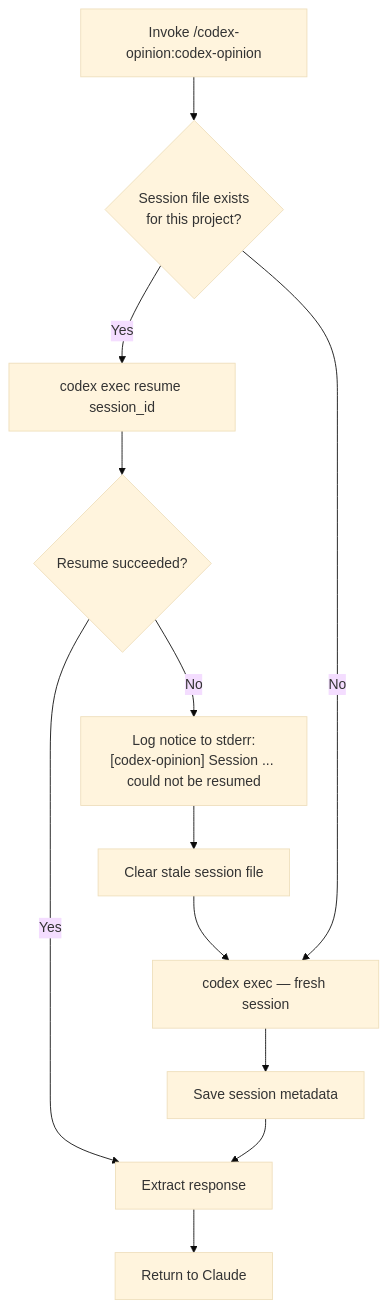
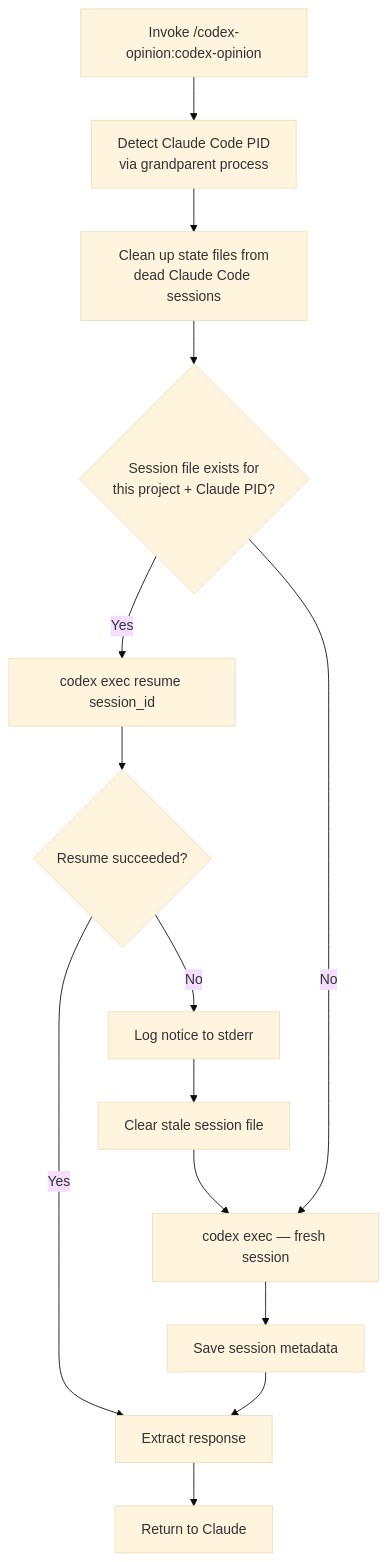
One commit to ehzawad/codex-opinion changed the second of 4 diagrams in README.md. Above: the diagram before and after it, drawn with Mermaid (base theme). The commit also changed other lines of this file and 3 other files, not shown here.

First line of the commit message:
scope Codex sessions to Claude Code session via grandparent PID

````diff
--- a/README.md
+++ b/README.md
@@ -67,14 +71,16 @@
 ```mermaid
 flowchart TD
-    A[Invoke /codex-opinion:codex-opinion] --> B{Session file exists<br/>for this project?}
-    B -- Yes --> C[codex exec resume session_id]
-    C --> D{Resume succeeded?}
-    D -- Yes --> E[Extract response]
-    D -- No --> F["Log notice to stderr:<br/>[codex-opinion] Session ... could not be resumed"]
-    F --> G[Clear stale session file]
-    G --> H[codex exec — fresh session]
-    B -- No --> H
-    H --> I[Save session metadata]
-    I --> E
-    E --> J[Return to Claude]
+    A[Invoke /codex-opinion:codex-opinion] --> B[Detect Claude Code PID<br/>via grandparent process]
+    B --> C[Clean up state files from<br/>dead Claude Code sessions]
+    C --> D{Session file exists for<br/>this project + Claude PID?}
+    D -- Yes --> E[codex exec resume session_id]
+    E --> F{Resume succeeded?}
+    F -- Yes --> G[Extract response]
+    F -- No --> H["Log notice to stderr"]
+    H --> I[Clear stale session file]
+    I --> J[codex exec — fresh session]
+    D -- No --> J
+    J --> K[Save session metadata]
+    K --> G
+    G --> L[Return to Claude]
 ```
````
